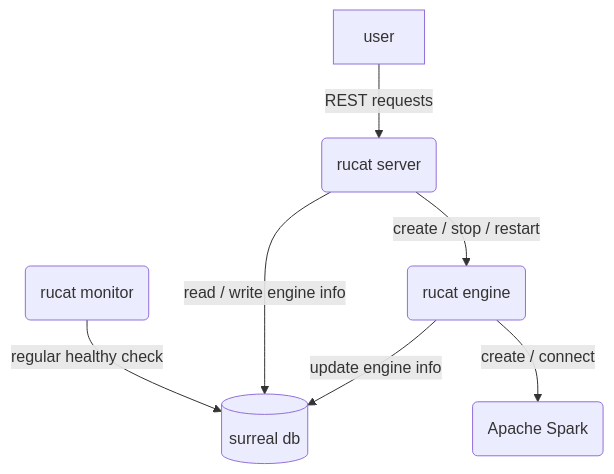
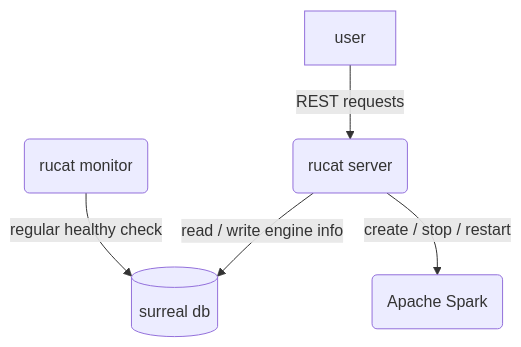
One commit to HaoYang670/rucat changed the first of 2 diagrams in README.md. Above: the diagram before and after it, drawn with Mermaid. The commit also changed other lines of this file and 13 other files, not shown here.

Commit message:
deploy spark connect on k8s

````diff
--- a/README.md
+++ b/README.md
@@ -7,14 +7,11 @@
 ```mermaid
 flowchart
     server(rucat server)
-    engine(rucat engine)
     spark(Apache Spark)
     monitor(rucat monitor)
     db[(surreal db)]
     user -- REST requests --> server
     monitor -- regular healthy check --> db
     server -- read / write engine info --> db
-    server -- create / stop / restart --> engine
-    engine -- update engine info --> db
-    engine -- create / connect --> spark
+    server -- create / stop / restart --> spark
 ```
````
